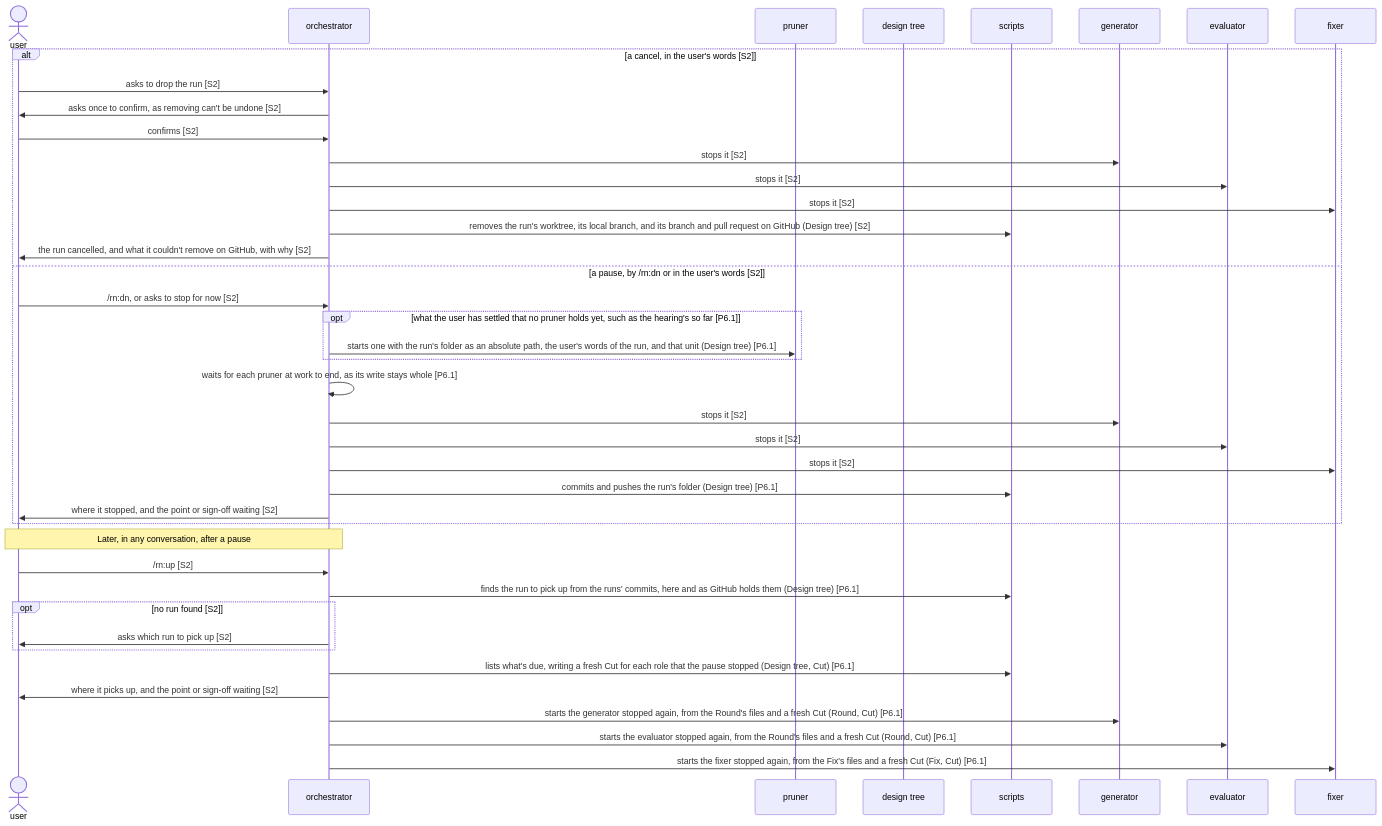
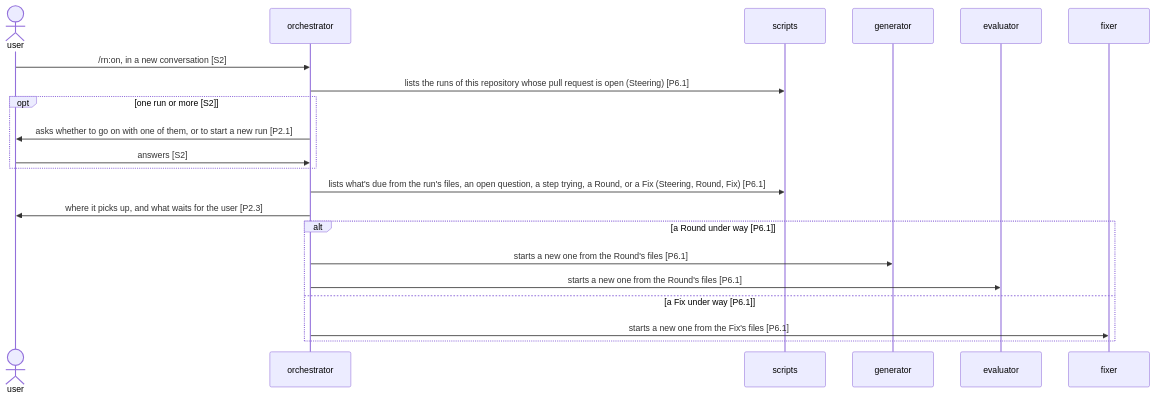
One commit to lovaizu/ccpm changed the second of 2 diagrams in dev/rn/architecture.md. Above: the diagram before and after it, drawn with Mermaid. The commit also changed other lines of this file and 3 other files, not shown here.

Commit message:
rn: the architecture draws the least rn: one need picked, its walking skeleton in the user's hands, a steering in place of the design tree, and a pick-up from /rn:on

````diff
--- a/dev/rn/architecture.md
+++ b/dev/rn/architecture.md
@@ -375,43 +264,23 @@
 ```mermaid
 sequenceDiagram
   actor U as user
   participant O as orchestrator
-  participant P as pruner
-  participant T as design tree
   participant S as scripts
   participant G as generator
   participant E as evaluator
   participant F as fixer
-  alt a cancel, in the user's words [S2]
-    U->>O: asks to drop the run [S2]
-    O->>U: asks once to confirm, as removing can't be undone [S2]
-    U->>O: confirms [S2]
-    O->>G: stops it [S2]
-    O->>E: stops it [S2]
-    O->>F: stops it [S2]
-    O->>S: removes the run's worktree, its local branch, and its branch and pull request on GitHub (Design tree) [S2]
-    O->>U: the run cancelled, and what it couldn't remove on GitHub, with why [S2]
-  else a pause, by /rn:dn or in the user's words [S2]
-    U->>O: /rn:dn, or asks to stop for now [S2]
-    opt what the user has settled that no pruner holds yet, such as the hearing's so far [P6.1]
-      O->>P: starts one with the run's folder as an absolute path, the user's words of the run, and that unit (Design tree) [P6.1]
-    end
-    O->>O: waits for each pruner at work to end, as its write stays whole [P6.1]
-    O->>G: stops it [S2]
-    O->>E: stops it [S2]
-    O->>F: stops it [S2]
-    O->>S: commits and pushes the run's folder (Design tree) [P6.1]
-    O->>U: where it stopped, and the point or sign-off waiting [S2]
+  U->>O: /rn:on, in a new conversation [S2]
+  O->>S: lists the runs of this repository whose pull request is open (Steering) [P6.1]
+  opt one run or more [S2]
+    O->>U: asks whether to go on with one of them, or to start a new run [P2.1]
+    U->>O: answers [S2]
   end
-  Note over U,O: Later, in any conversation, after a pause
-  U->>O: /rn:up [S2]
-  O->>S: finds the run to pick up from the runs' commits, here and as GitHub holds them (Design tree) [P6.1]
-  opt no run found [S2]
-    O->>U: asks which run to pick up [S2]
+  O->>S: lists what's due from the run's files, an open question, a step trying, a Round, or a Fix (Steering, Round, Fix) [P6.1]
+  O->>U: where it picks up, and what waits for the user [P2.3]
+  alt a Round under way [P6.1]
+    O->>G: starts a new one from the Round's files [P6.1]
+    O->>E: starts a new one from the Round's files [P6.1]
+  else a Fix under way [P6.1]
+    O->>F: starts a new one from the Fix's files [P6.1]
   end
-  O->>S: lists what's due, writing a fresh Cut for each role that the pause stopped (Design tree, Cut) [P6.1]
-  O->>U: where it picks up, and the point or sign-off waiting [S2]
-  O->>G: starts the generator stopped again, from the Round's files and a fresh Cut (Round, Cut) [P6.1]
-  O->>E: starts the evaluator stopped again, from the Round's files and a fresh Cut (Round, Cut) [P6.1]
-  O->>F: starts the fixer stopped again, from the Fix's files and a fresh Cut (Fix, Cut) [P6.1]
 ```
````
